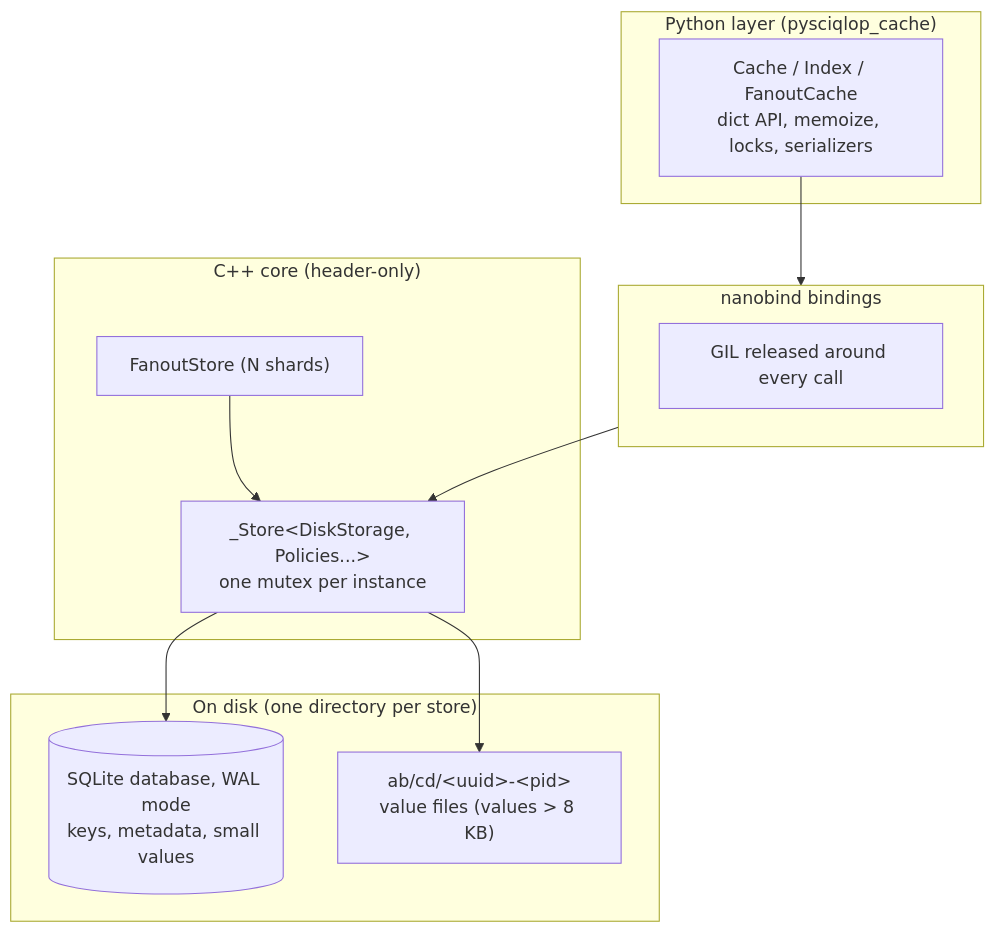
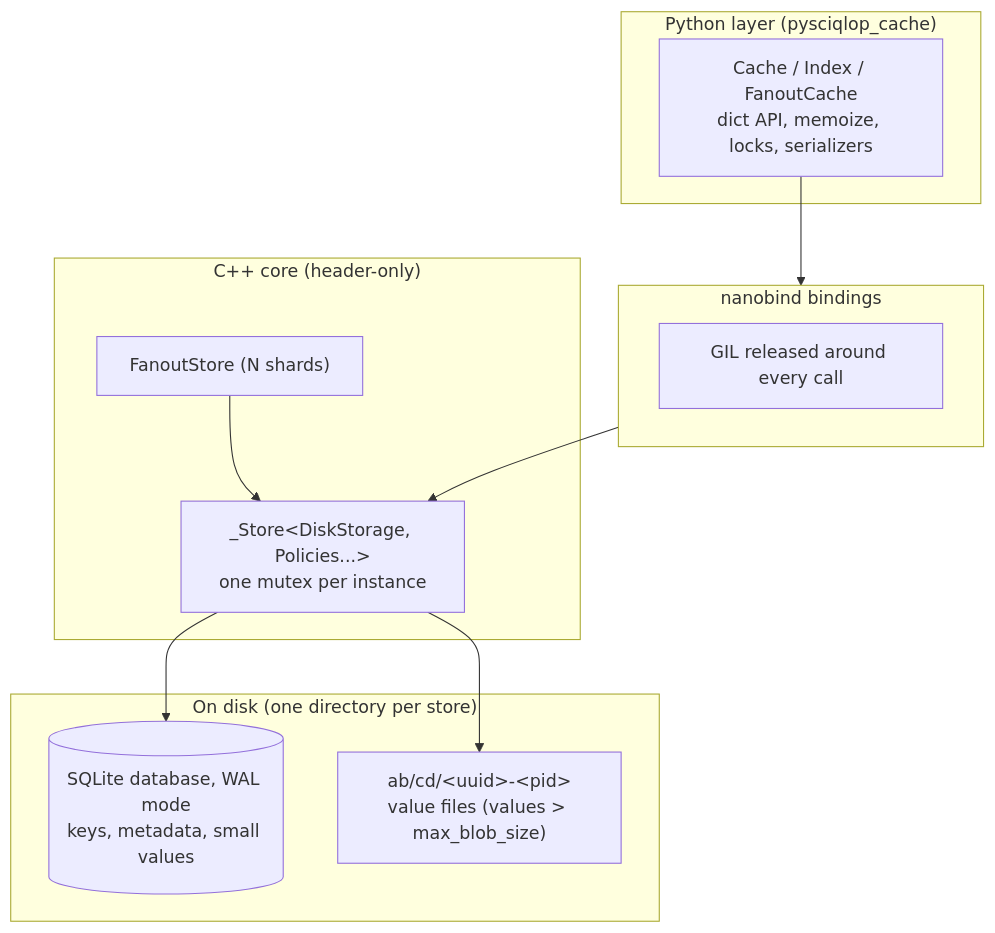
One commit to SciQLop/Sciqlop-cache changed the first of 4 diagrams in docs/internals.rst. Above: the diagram before and after it, drawn with Mermaid. The commit also changed other lines of this file and 9 other files, not shown here.

First line of the commit message:
feat: max_blob_size sets which values are stored as files

```diff
--- a/docs/internals.rst
+++ b/docs/internals.rst
@@ -11,20 +11,20 @@
 .. mermaid::
 
     flowchart TB
         subgraph PY["Python layer (pysciqlop_cache)"]
             API["Cache / Index / FanoutCache<br/>dict API, memoize, locks, serializers"]
         end
         subgraph NB["nanobind bindings"]
             GIL["GIL released around every call"]
         end
         subgraph CORE["C++ core (header-only)"]
             STORE["_Store&lt;DiskStorage, Policies...&gt;<br/>one mutex per instance"]
             FS["FanoutStore (N shards)"]
         end
         subgraph DISK["On disk (one directory per store)"]
             DB[("SQLite database, WAL mode<br/>keys, metadata, small values")]
-            BLOBS["ab/cd/&lt;uuid&gt;-&lt;pid&gt;<br/>value files (values &gt; 8 KB)"]
+            BLOBS["ab/cd/&lt;uuid&gt;-&lt;pid&gt;<br/>value files (values &gt; max_blob_size)"]
         end
         API --> NB --> STORE --> DB
         STORE --> BLOBS
         FS --> STORE
```
